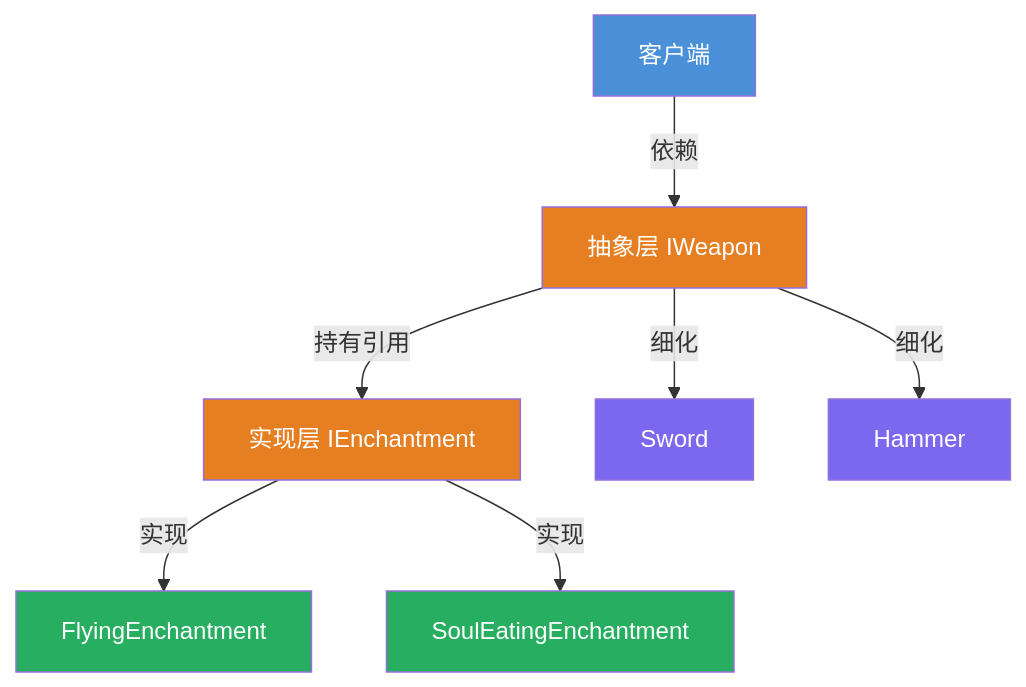
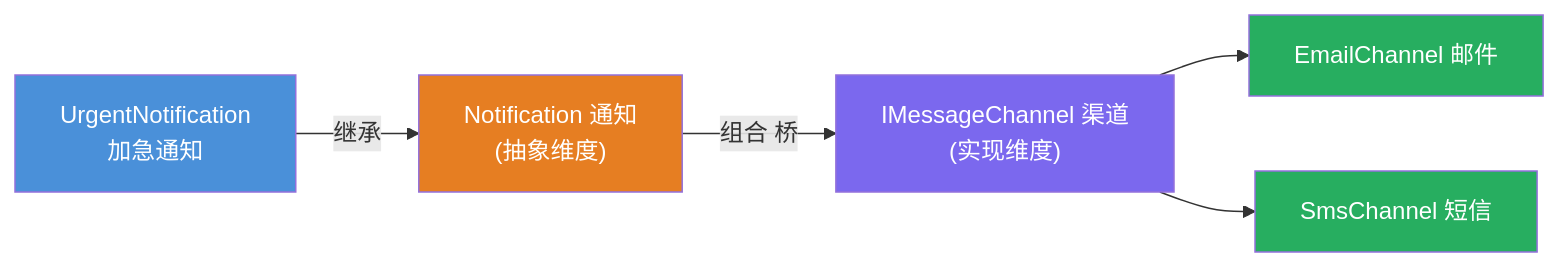
One commit to hollson/design_patterns changed the third of 3 diagrams in BridgePattern/README.md. Above: the diagram before and after it, drawn with Mermaid. The commit also changed other lines of this file and 17 other files, not shown here.

````diff
--- a/BridgePattern/README.md
+++ b/BridgePattern/README.md
@@ -29,17 +124,13 @@
 ```mermaid
-flowchart TD
-    A["客户端"] -->|"依赖"| B["抽象层 IWeapon"]
-    B -->|"持有引用"| C["实现层 IEnchantment"]
-    B -->|"细化"| D["Sword"]
-    B -->|"细化"| E["Hammer"]
-    C -->|"实现"| F["FlyingEnchantment"]
-    C -->|"实现"| G["SoulEatingEnchantment"]
+flowchart LR
+    N["Notification 通知<br/>(抽象维度)"] -->|"组合 桥"| C["IMessageChannel 渠道<br/>(实现维度)"]
+    U["UrgentNotification<br/>加急通知"] -->|"继承"| N
+    C --> E["EmailChannel 邮件"]
+    C --> S["SmsChannel 短信"]
 
-    style A fill:#4A90D9,color:#fff
-    style B fill:#E67E22,color:#fff
-    style C fill:#E67E22,color:#fff
-    style D fill:#7B68EE,color:#fff
-    style E fill:#7B68EE,color:#fff
-    style F fill:#27AE60,color:#fff
-    style G fill:#27AE60,color:#fff
+    style U fill:#4A90D9,color:#fff
+    style N fill:#E67E22,color:#fff
+    style C fill:#7B68EE,color:#fff
+    style E fill:#27AE60,color:#fff
+    style S fill:#27AE60,color:#fff
 ```
````
